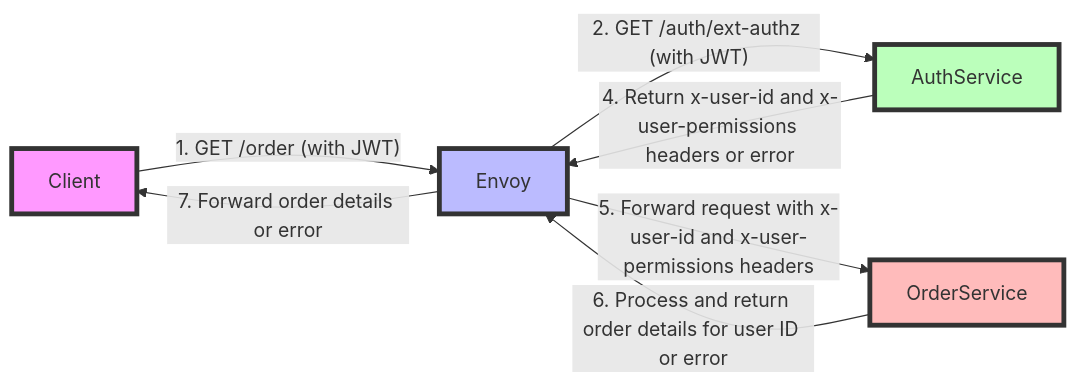
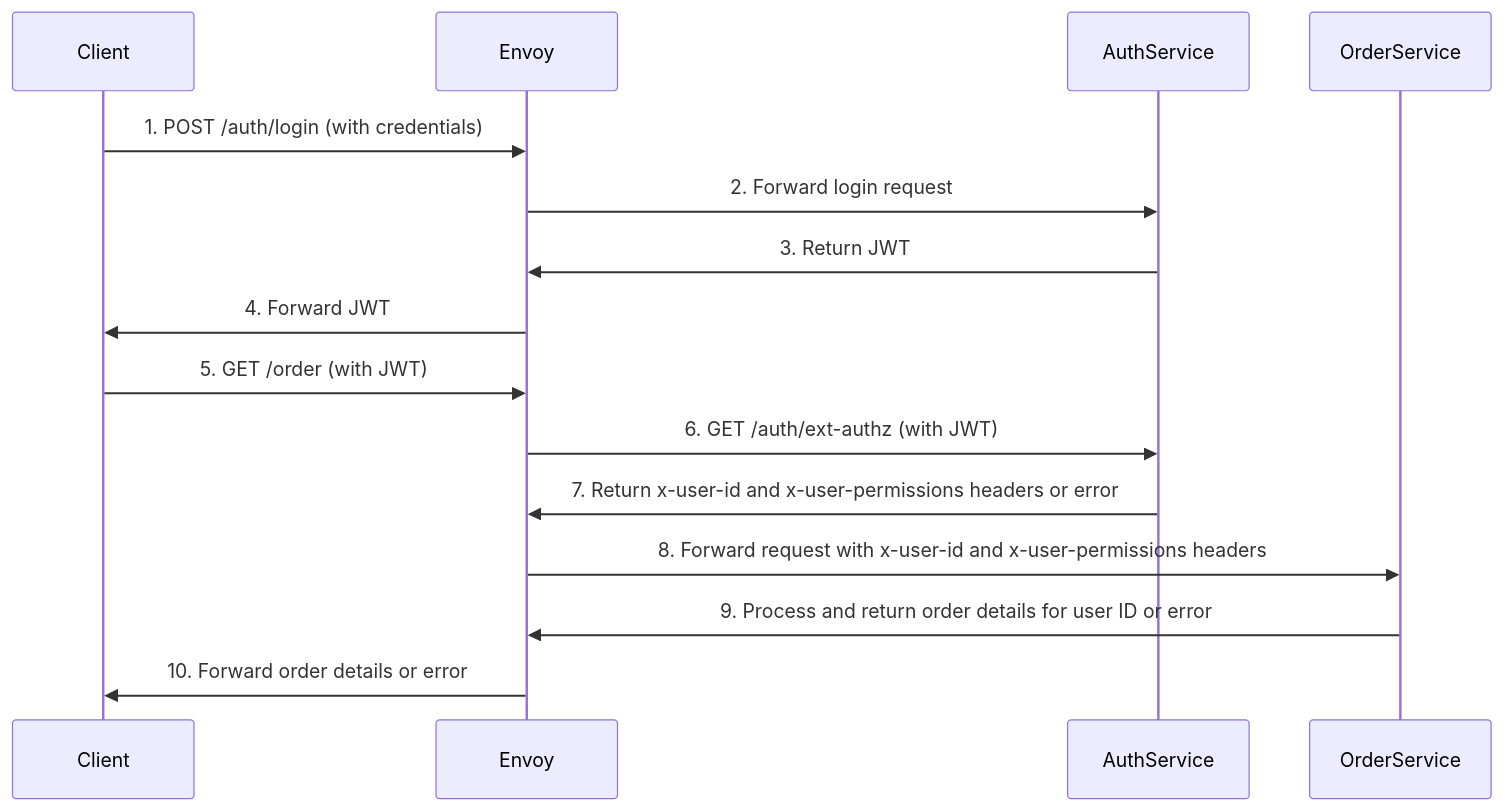
The first of 3 diagrams in readme.md (HuyCuongBuiCong/auth-envoy-k8s-microservices), drawn with Mermaid before and after one commit. The commit also changed other lines of this file and 2 other files, not shown here.

Commit message:
update readme and format code

````diff
--- a/readme.md
+++ b/readme.md
@@ -5,15 +5,19 @@
 ```mermaid
-graph LR
-    Client -->|"1. GET /order (with JWT)"| Envoy
-Envoy -->|"2. GET /auth/ext-authz (with JWT)"| AuthService
-AuthService -->|"4. Return x-user-id and x-user-permissions headers or error"| Envoy
-Envoy -->|"5. Forward request with x-user-id and x-user-permissions headers"| OrderService
-OrderService -->|"6. Process and return order details for user ID or error"| Envoy
-Envoy -->|"7. Forward order details or error"| Client
+sequenceDiagram
+    participant Client
+    participant Envoy
+    participant AuthService
+    participant OrderService
 
-style Client fill:#f9f,stroke:#333,stroke-width:4px;
-style Envoy fill:#bbf,stroke:#333,stroke-width:4px;
-style AuthService fill:#bfb,stroke:#333,stroke-width:4px;
-style OrderService fill:#fbb,stroke:#333,stroke-width:4px;
+    Client->>Envoy: 1. POST /auth/login (with credentials)
+    Envoy->>AuthService: 2. Forward login request
+    AuthService->>Envoy: 3. Return JWT
+    Envoy->>Client: 4. Forward JWT
+    Client->>Envoy: 5. GET /order (with JWT)
+    Envoy->>AuthService: 6. GET /auth/ext-authz (with JWT)
+    AuthService->>Envoy: 7. Return x-user-id and x-user-permissions headers or error
+    Envoy->>OrderService: 8. Forward request with x-user-id and x-user-permissions headers
+    OrderService->>Envoy: 9. Process and return order details for user ID or error
+    Envoy->>Client: 10. Forward order details or error
 
 ```
````
